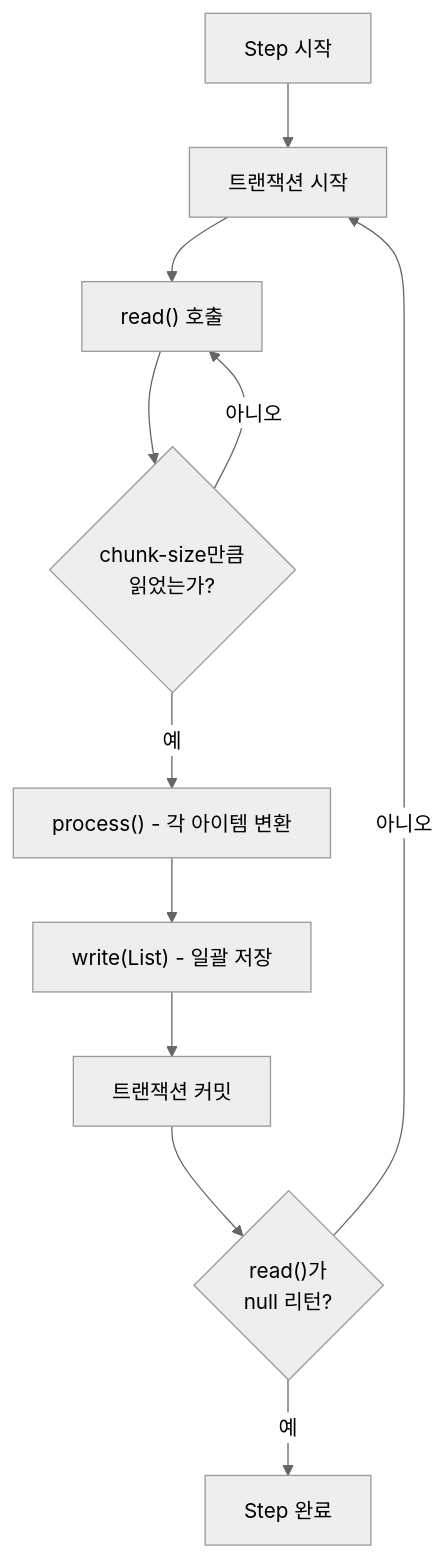
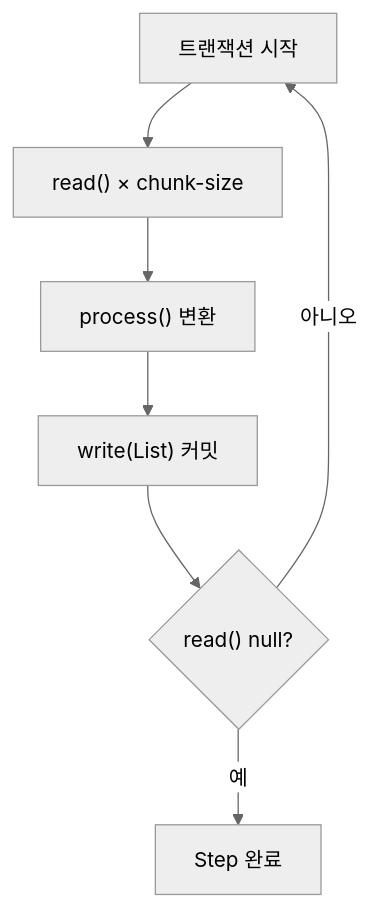
One commit to yjkim2015/yjkim2015.github.io changed the first of 6 diagrams in _posts/batch/2026-05-03-spring-batch-chunk-processing.md. Above: the diagram before and after it, drawn with Mermaid (neutral theme). The commit also changed other lines of this file and 215 other files, not shown here.

First line of the commit message:
신규 포스트 10개 추가 + Mermaid 전면 축소 + SystemDesign 시리즈 보강

````diff
--- a/_posts/batch/2026-05-03-spring-batch-chunk-processing.md
+++ b/_posts/batch/2026-05-03-spring-batch-chunk-processing.md
@@ -32,13 +32,9 @@
 ```mermaid
 flowchart TD
-    A["Step 시작"] --> B["트랜잭션 시작"]
-    B --> C["read() 호출"]
-    C --> D{"chunk-size만큼\n읽었는가?"}
-    D -->|"아니오"| C
-    D -->|"예"| E["process() - 각 아이템 변환"]
-    E --> F["write(List) - 일괄 저장"]
-    F --> G["트랜잭션 커밋"]
-    G --> H{"read()가\nnull 리턴?"}
+    B["트랜잭션 시작"] --> C["read() × chunk-size"]
+    C --> E["process() 변환"]
+    E --> F["write(List) 커밋"]
+    F --> H{"read() null?"}
     H -->|"아니오"| B
     H -->|"예"| I["Step 완료"]
 ```
````
